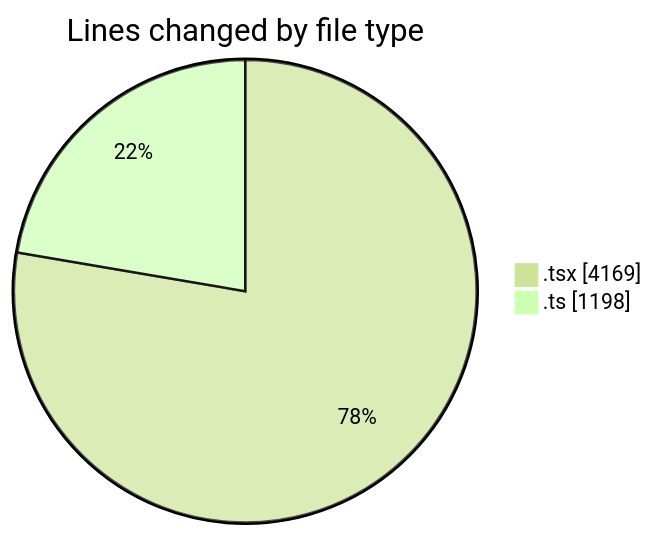
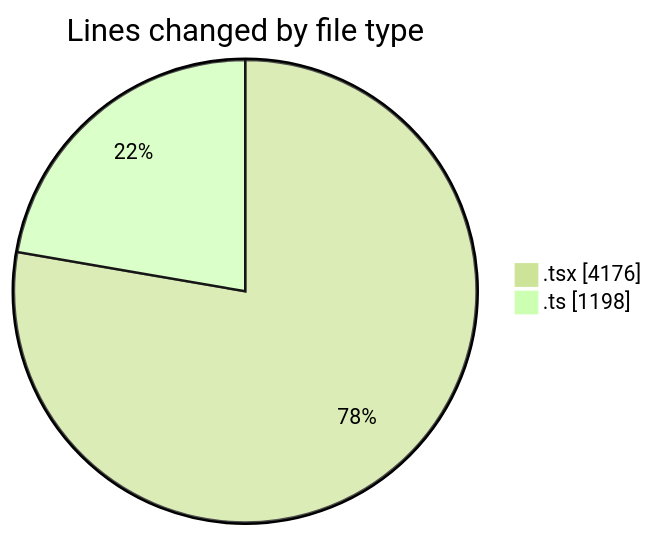
The first of 2 diagrams in 2026-02-19/nxtqube_webapp/README.md (nxtqubesakshisongat/code-tracking), drawn with Mermaid (forest theme) before and after one commit. The commit also changed other lines of this file and 1 other file, not shown here.

````diff
--- a/2026-02-19/nxtqube_webapp/README.md
+++ b/2026-02-19/nxtqube_webapp/README.md
@@ -32,6 +32,6 @@
 ```mermaid
 pie showData
 title Lines changed by file type
-".tsx" : 4169
+".tsx" : 4176
 ".ts" : 1198
 ```
````
